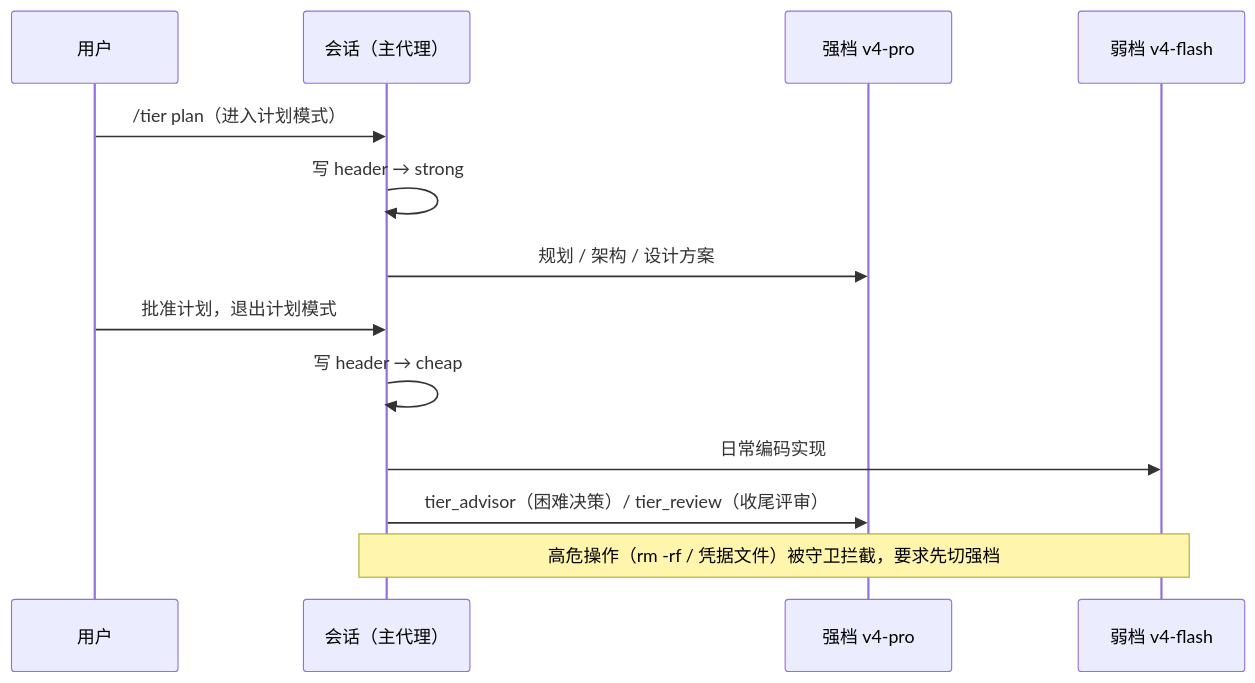
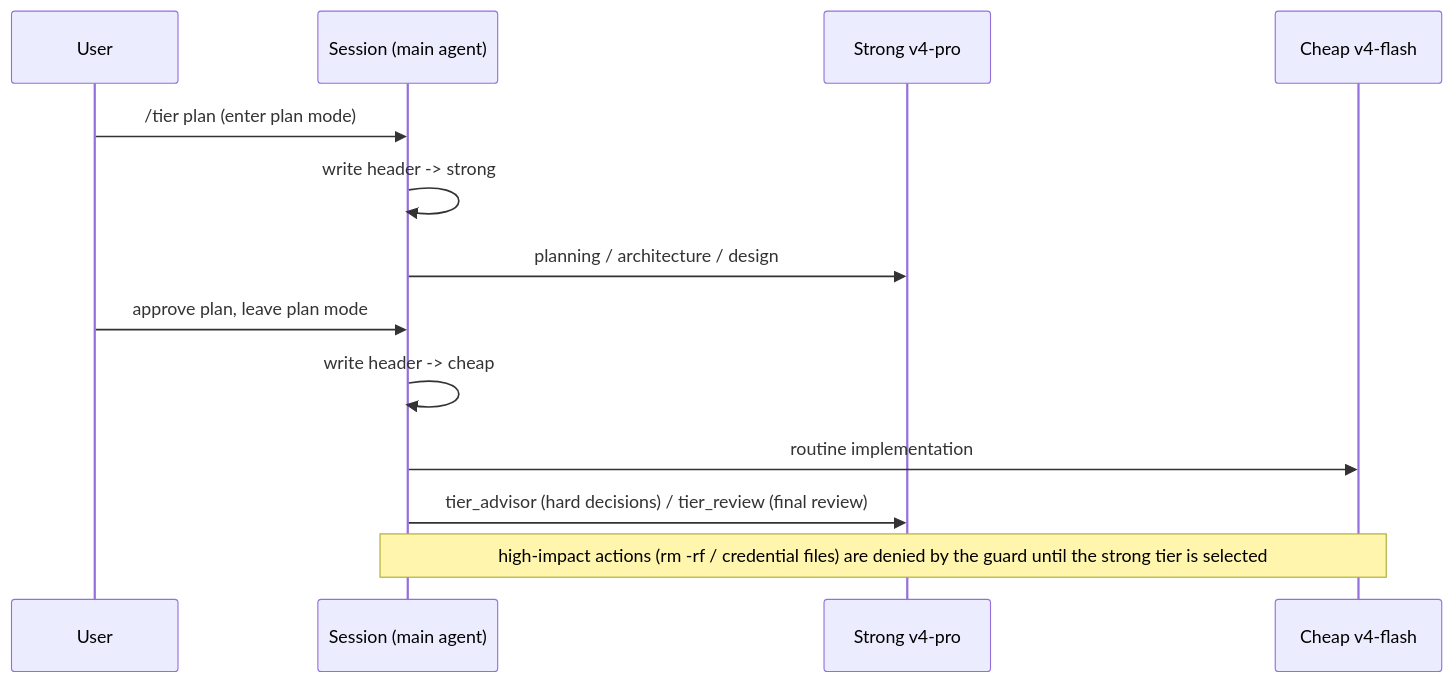
Before and after one commit to BruceLanLan/dsh-tier-router: the second of 2 diagrams in README.md, drawn with Mermaid. The commit also changed other lines of this file and 1 other file, not shown here.

````diff
--- a/README.md
+++ b/README.md
@@ -31,15 +35,15 @@
 ```mermaid
 sequenceDiagram
-    participant U as 用户
-    participant S as 会话（主代理）
-    participant A as 强档 v4-pro
-    participant C as 弱档 v4-flash
-    U->>S: /tier plan（进入计划模式）
-    S->>S: 写 header → strong
-    S->>A: 规划 / 架构 / 设计方案
-    U->>S: 批准计划，退出计划模式
-    S->>S: 写 header → cheap
-    S->>C: 日常编码实现
-    S->>A: tier_advisor（困难决策）/ tier_review（收尾评审）
-    Note over S,C: 高危操作（rm -rf / 凭据文件）被守卫拦截，要求先切强档
+    participant U as User
+    participant S as Session (main agent)
+    participant A as Strong v4-pro
+    participant C as Cheap v4-flash
+    U->>S: /tier plan (enter plan mode)
+    S->>S: write header -> strong
+    S->>A: planning / architecture / design
+    U->>S: approve plan, leave plan mode
+    S->>S: write header -> cheap
+    S->>C: routine implementation
+    S->>A: tier_advisor (hard decisions) / tier_review (final review)
+    Note over S,C: high-impact actions (rm -rf / credential files) are denied by the guard until the strong tier is selected
 ```
````
